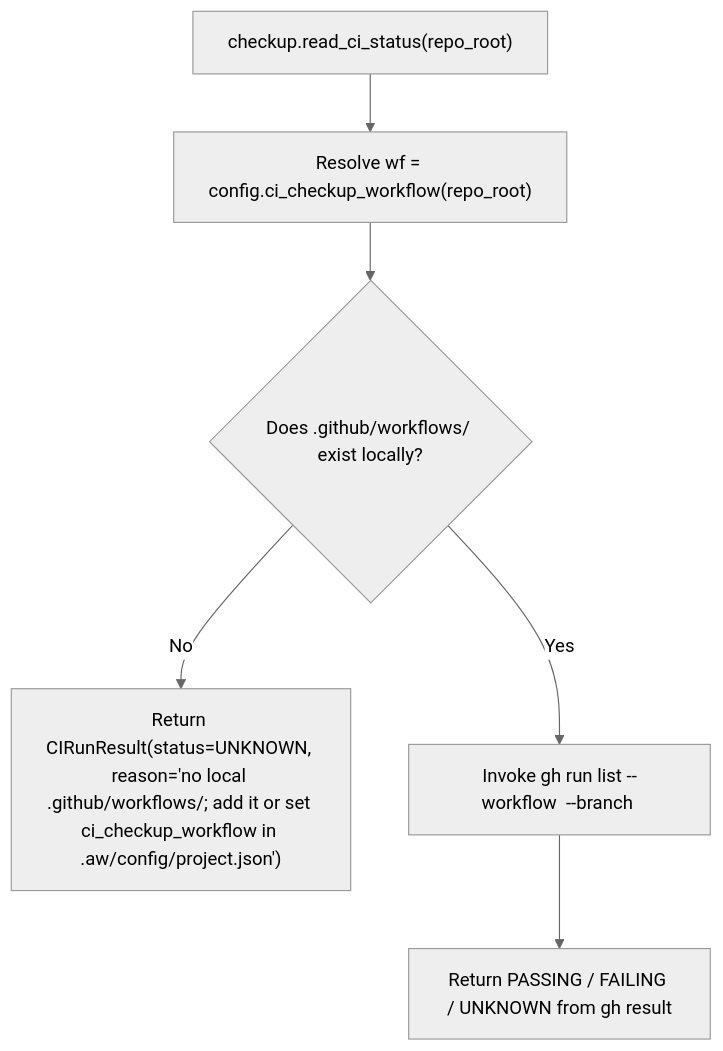
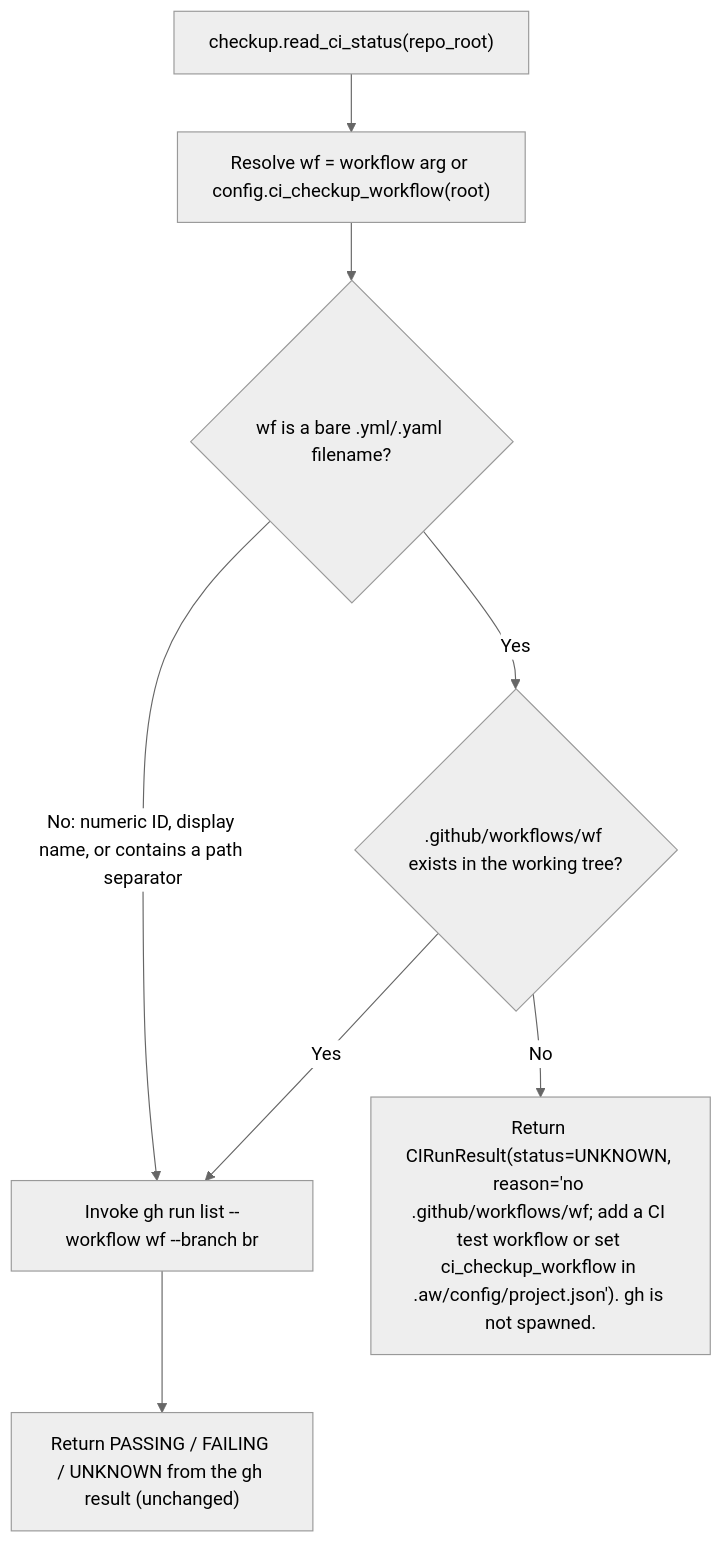
One commit to fariello/agent-workflows changed the diagram in .aw/records/plans/pending/20261121-dogfood-bugs-03-5q8whb-handle-missing-local-ci-workflow-in-aw-checkup-instead-of-ra.ipd.md. Above: the diagram before and after it, drawn with Mermaid (neutral theme). The commit also changed other lines of this file and 1 other file, not shown here.

````diff
--- a/.aw/records/plans/pending/20261121-dogfood-bugs-03-5q8whb-handle-missing-local-ci-workflow-in-aw-checkup-instead-of-ra.ipd.md
+++ b/.aw/records/plans/pending/20261121-dogfood-bugs-03-5q8whb-handle-missing-local-ci-workflow-in-aw-checkup-instead-of-ra.ipd.md
@@ -32,8 +37,10 @@
 ```mermaid
 flowchart TD
-    A["checkup.read_ci_status(repo_root)"] --> B["Resolve wf = config.ci_checkup_workflow(repo_root)"]
-    B --> C{"Does .github/workflows/<wf> exist locally?"}
-    C -->|No| D["Return CIRunResult(status=UNKNOWN, reason='no local .github/workflows/<wf>; add it or set ci_checkup_workflow in .aw/config/project.json')"]
-    C -->|Yes| E["Invoke gh run list --workflow <wf> --branch <br>"]
-    E --> F["Return PASSING / FAILING / UNKNOWN from gh result"]
+    A["checkup.read_ci_status(repo_root)"] --> B["Resolve wf = workflow arg or config.ci_checkup_workflow(root)"]
+    B --> C{"wf is a bare .yml/.yaml filename?"}
+    C -->|No: numeric ID, display name, or contains a path separator| E
+    C -->|Yes| G{".github/workflows/wf exists in the working tree?"}
+    G -->|Yes| E["Invoke gh run list --workflow wf --branch br"]
+    G -->|No| D["Return CIRunResult(status=UNKNOWN, reason='no .github/workflows/wf; add a CI test workflow or set ci_checkup_workflow in .aw/config/project.json'). gh is not spawned."]
+    E --> F["Return PASSING / FAILING / UNKNOWN from the gh result (unchanged)"]
 ```
````
